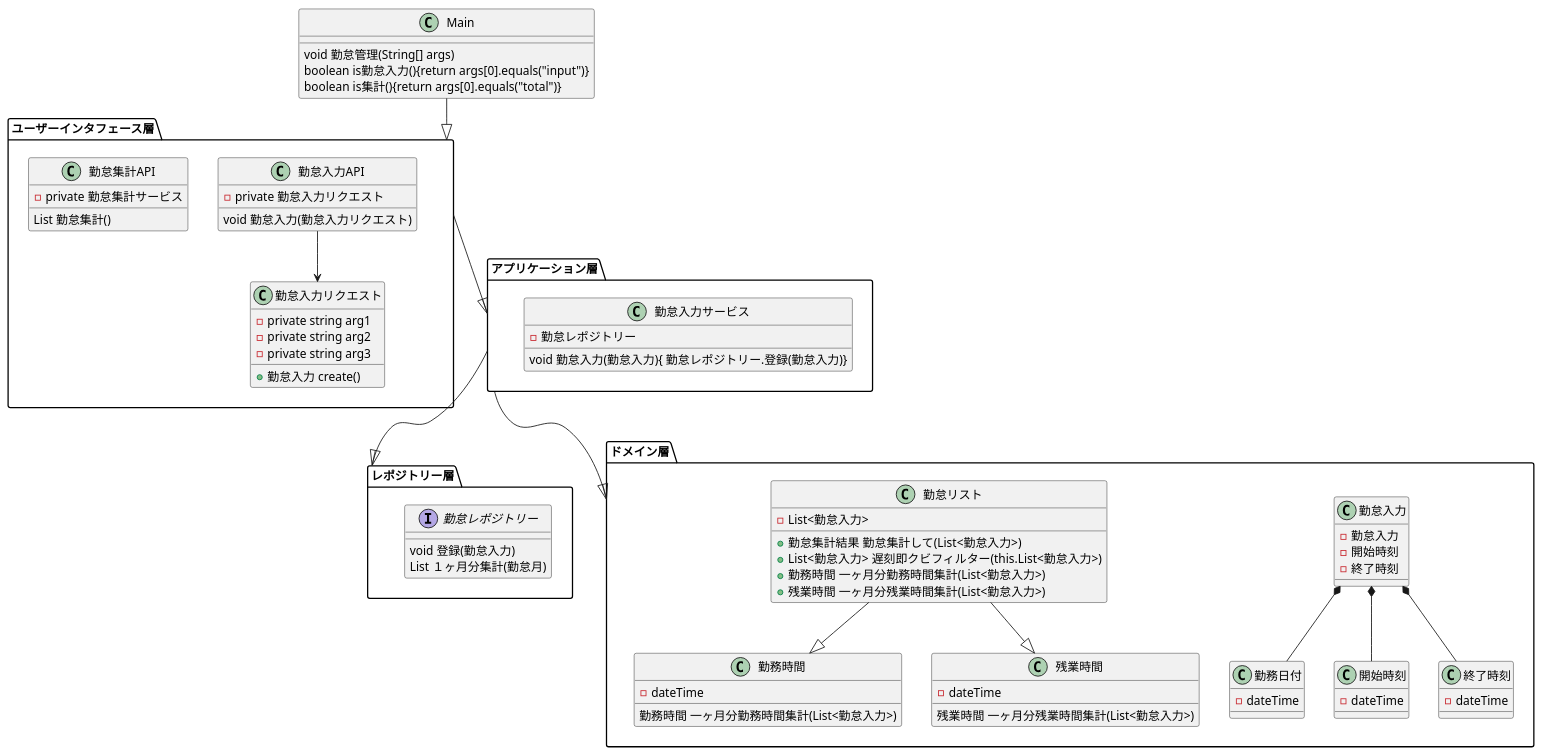
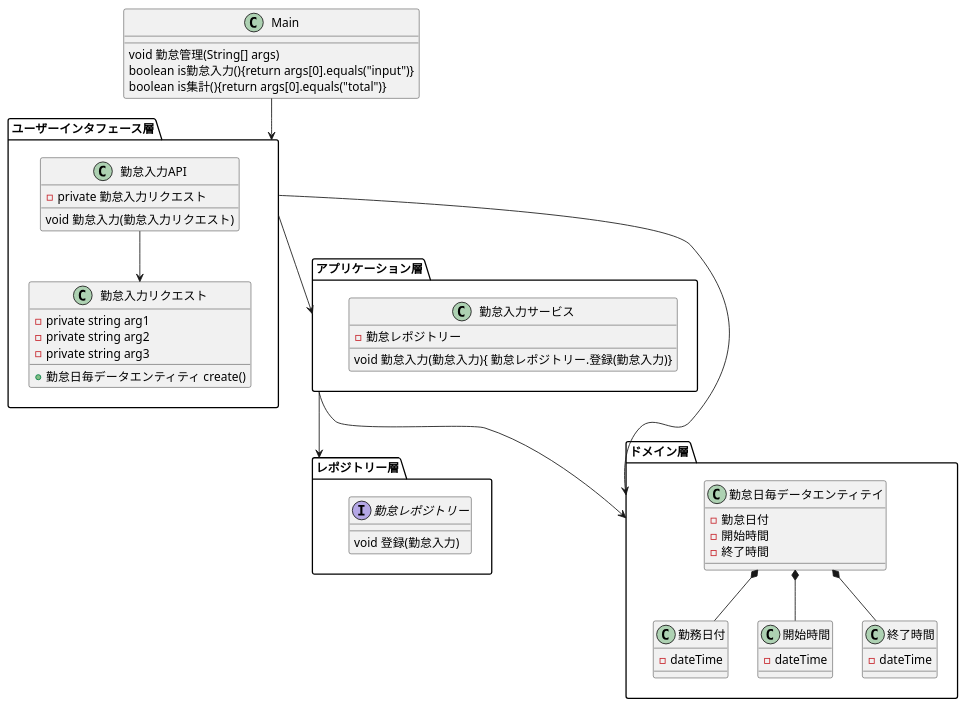
Before and after one commit to sekiguchihiroki/mendydydy: the diagram in doc/勤怠.puml, drawn with PlantUML. The commit also changed 3 other files, not shown here.

```diff
--- a/doc/勤怠.puml
+++ b/doc/勤怠.puml
@@ -1,95 +1,72 @@
 @startuml
 
-Main --|> ユーザーインタフェース層
-ユーザーインタフェース層 --|> アプリケーション層
-アプリケーション層 --|> レポジトリー層
-アプリケーション層 --|> ドメイン層
+Main --> ユーザーインタフェース層
+ユーザーインタフェース層 --> アプリケーション層
+アプリケーション層 --> レポジトリー層
+アプリケーション層 --> ドメイン層
+ユーザーインタフェース層 --> ドメイン層
 
 class Main {
   void 勤怠管理(String[] args)
   boolean is勤怠入力(){return args[0].equals("input")}
   boolean is集計(){return args[0].equals("total")}
 }
 
 package ユーザーインタフェース層 <<Folder>> {
  勤怠入力API -->  勤怠入力リクエスト
 
 class 勤怠入力API {
   -private 勤怠入力リクエスト
   void 勤怠入力(勤怠入力リクエスト)
  }
 class 勤怠入力リクエスト {
   -private string arg1
   -private string arg2
   -private string arg3
-  +勤怠入力 create()
+  +勤怠日毎データエンティティ create()
  }
- class 勤怠集計API {
-   -private 勤怠集計サービス
-   List 勤怠集計()
-  }
 
 }
 
 
 package アプリケーション層 <<Folder>> {
 class 勤怠入力サービス {
   -勤怠レポジトリー
   void 勤怠入力(勤怠入力){ 勤怠レポジトリー.登録(勤怠入力)}
 
  }
 
 }
 
 package ドメイン層 <<Folder>> {
-勤怠入力 *-- 勤務日付
-勤怠入力 *-- 開始時刻
-勤怠入力 *-- 終了時刻
-勤怠リスト --|> 勤務時間
-勤怠リスト --|> 残業時間
+勤怠日毎データエンティテイ *-- 勤務日付
+勤怠日毎データエンティテイ *-- 開始時間
+勤怠日毎データエンティテイ *-- 終了時間
 
-class 勤怠入力 {
-  -勤怠入力
-  -開始時刻
-  -終了時刻
+class 勤怠日毎データエンティテイ {
+  -勤怠日付
+  -開始時間
+  -終了時間
+}
 
-}
-class 勤怠リスト {
-  -List<勤怠入力>
-  +勤怠集計結果 勤怠集計して(List<勤怠入力>)
-  +List<勤怠入力> 遅刻即クビフィルター(this.List<勤怠入力>)
-  +勤務時間 一ヶ月分勤務時間集計(List<勤怠入力>)
-  +残業時間 一ヶ月分残業時間集計(List<勤怠入力>)
-
-
-}
 class 勤務日付 {
   -dateTime
  }
 
-class 開始時刻 {
+class 開始時間 {
   -dateTime
  }
 
-class 終了時刻 {
+class 終了時間 {
   -dateTime
  }
 
-class 勤務時間{
-  -dateTime
-  勤務時間 一ヶ月分勤務時間集計(List<勤怠入力>)
- }
-class 残業時間{
-  -dateTime
-  残業時間 一ヶ月分残業時間集計(List<勤怠入力>)
- }
 }
 
 package レポジトリー層 <<Folder>> {
 interface 勤怠レポジトリー
 勤怠レポジトリー : void 登録(勤怠入力)
-勤怠レポジトリー : List １ヶ月分集計(勤怠月)
 
 }
 
 @enduml
```
